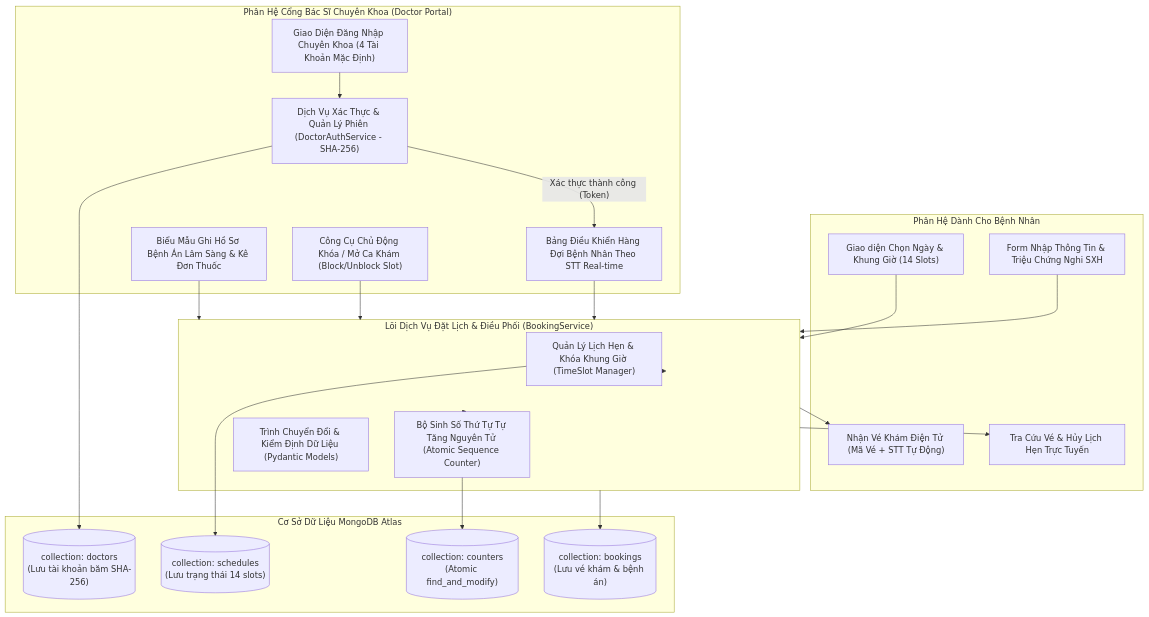
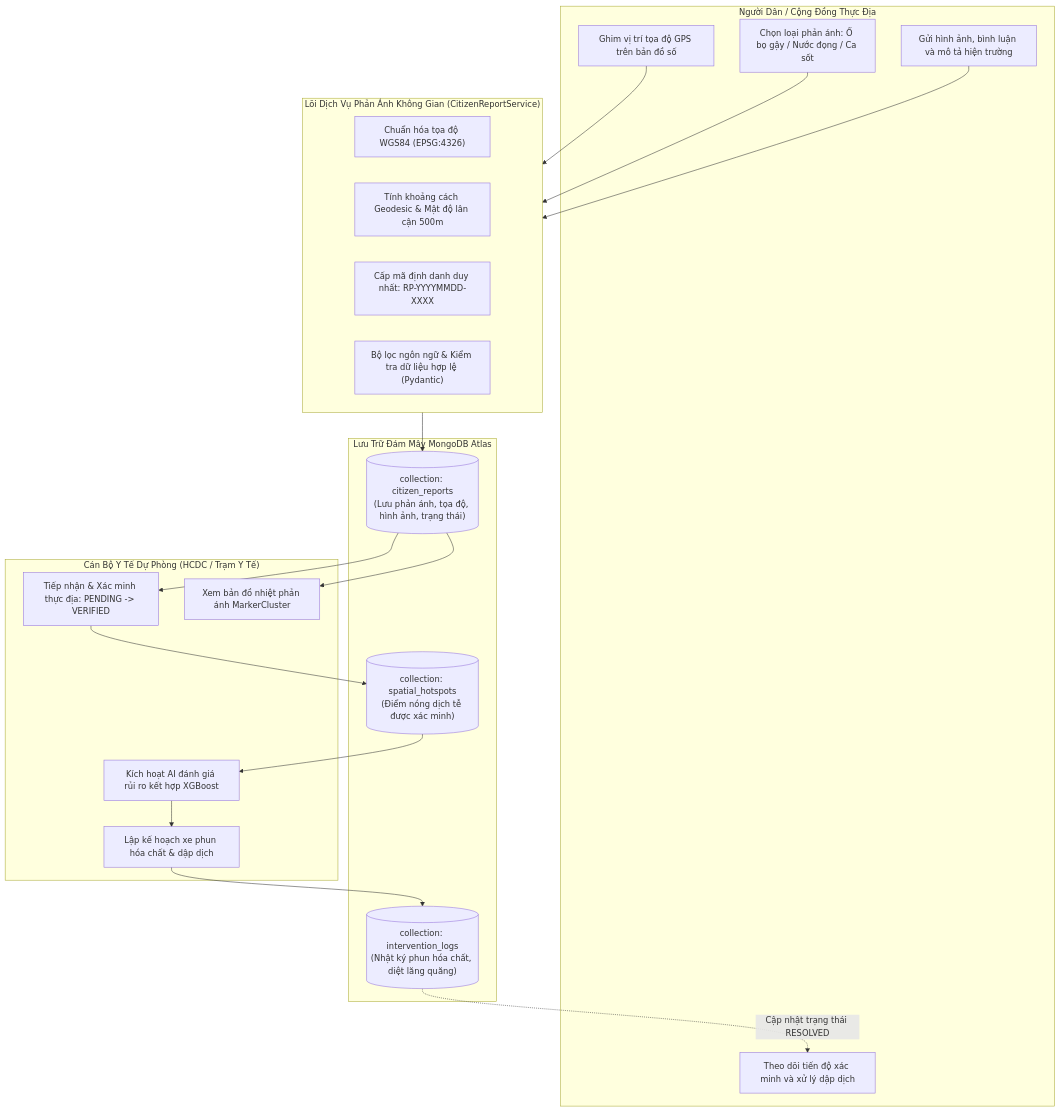
One commit to VanderSpeare/dengue-prediction changed the fourth of 26 diagrams in README.md. Above: the diagram before and after it, drawn with Mermaid. The commit also changed other lines of this file and 25 other files, not shown here.

````diff
--- a/README.md
+++ b/README.md
@@ -580,42 +495,35 @@
 ```mermaid
 flowchart TB
-    subgraph PatientView ["Phân Hệ Dành Cho Bệnh Nhân"]
-        PV1["Giao diện Chọn Ngày & Khung Giờ (14 Slots)"]
-        PV2["Form Nhập Thông Tin & Triệu Chứng Nghi SXH"]
-        PV3["Nhận Vé Khám Điện Tử (Mã Vé + STT Tự Động)"]
-        PV4["Tra Cứu Vé & Hủy Lịch Hẹn Trực Tuyến"]
+    subgraph MobileWeb_User ["Người Dân / Cộng Đồng Thực Địa"]
+        PV1["Ghim vị trí tọa độ GPS trên bản đồ số"]
+        PV2["Chọn loại phản ánh: Ổ bọ gậy / Nước đọng / Ca sốt"]
+        PV3["Gửi hình ảnh, bình luận và mô tả hiện trường"]
+        PV4["Theo dõi tiến độ xác minh và xử lý dập dịch"]
     end
 
-    subgraph BookingCore ["Lõi Dịch Vụ Đặt Lịch & Điều Phối (BookingService)"]
-        BS1["Quản Lý Lịch Hẹn & Khóa Khung Giờ (TimeSlot Manager)"]
-        BS2["Bộ Sinh Số Thứ Tự Tự Tăng Nguyên Tử (Atomic Sequence Counter)"]
-        BS3["Trình Chuyển Đổi & Kiểm Định Dữ Liệu (Pydantic Models)"]
+    subgraph Crowdsourcing_Core ["Lõi Dịch Vụ Phản Ánh Không Gian (CitizenReportService)"]
+        CS1["Chuẩn hóa tọa độ WGS84 (EPSG:4326)"]
+        CS2["Tính khoảng cách Geodesic & Mật độ lân cận 500m"]
+        CS3["Cấp mã định danh duy nhất: RP-YYYYMMDD-XXXX"]
+        CS4["Bộ lọc ngôn ngữ & Kiểm tra dữ liệu hợp lệ (Pydantic)"]
     end
 
-    subgraph DoctorView ["Phân Hệ Cổng Bác Sĩ Chuyên Khoa (Doctor Portal)"]
-        DV1["Giao Diện Đăng Nhập Chuyên Khoa (4 Tài Khoản Mặc Định)"]
-        DV2["Dịch Vụ Xác Thực & Quản Lý Phiên (DoctorAuthService - SHA-256)"]
-        DV3["Bảng Điều Khiển Hàng Đợi Bệnh Nhân Theo STT Real-time"]
-        DV4["Biểu Mẫu Ghi Hồ Sơ Bệnh Án Lâm Sàng & Kê Đơn Thuốc"]
-        DV5["Công Cụ Chủ Động Khóa / Mở Ca Khám (Block/Unblock Slot)"]
+    subgraph Storage_Cloud ["Lưu Trữ Đám Mây MongoDB Atlas"]
+        M1[("collection: citizen_reports<br/>(Lưu phản ánh, tọa độ, hình ảnh, trạng thái)")]
+        M2[("collection: spatial_hotspots<br/>(Điểm nóng dịch tễ được xác minh)")]
+        M3[("collection: intervention_logs<br/>(Nhật ký phun hóa chất, diệt lăng quăng)")]
     end
 
-    subgraph MongoPersistence ["Cơ Sở Dữ Liệu MongoDB Atlas"]
-        M1[("collection: bookings<br/>(Lưu vé khám & bệnh án)")]
-        M2[("collection: schedules<br/>(Lưu trạng thái 14 slots)")]
-        M3[("collection: counters<br/>(Atomic find_and_modify)")]
-        M4[("collection: doctors<br/>(Lưu tài khoản băm SHA-256)")]
+    subgraph Health_Officer ["Cán Bộ Y Tế Dự Phòng (HCDC / Trạm Y Tế)"]
+        DV1["Tiếp nhận & Xác minh thực địa: PENDING -> VERIFIED"]
+        DV2["Xem bản đồ nhiệt phản ánh MarkerCluster"]
+        DV3["Kích hoạt AI đánh giá rủi ro kết hợp XGBoost"]
+        DV4["Lập kế hoạch xe phun hóa chất & dập dịch"]
     end
 
-    PV1 & PV2 --> BookingCore
-    BookingCore --> BS2 --> M3
-    BookingCore --> BS1 --> M2
-    BookingCore --> M1
-    BookingCore --> PV3 & PV4
-
-    DV1 --> DV2 --> M4
-    DV2 -- "Xác thực thành công (Token)" --> DV3
-    DV3 --> BookingCore
-    DV4 --> BookingCore
-    DV5 --> BookingCore
+    PV1 & PV2 & PV3 --> Crowdsourcing_Core
+    Crowdsourcing_Core --> M1
+    M1 --> DV1 & DV2
+    DV1 --> M2 --> DV3 --> DV4 --> M3
+    M3 -.->|Cập nhật trạng thái RESOLVED| PV4
 ```
````
